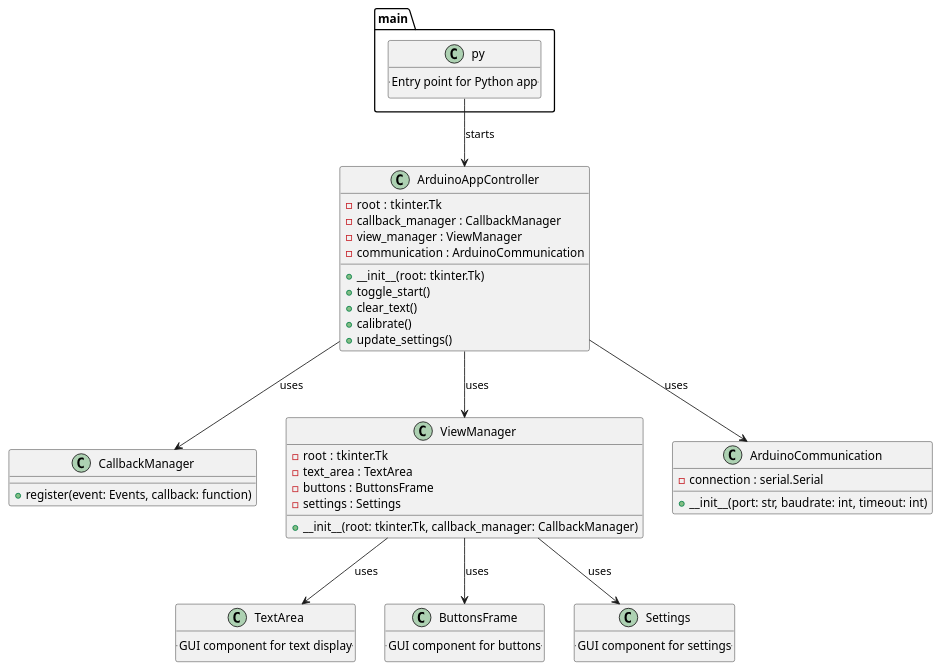
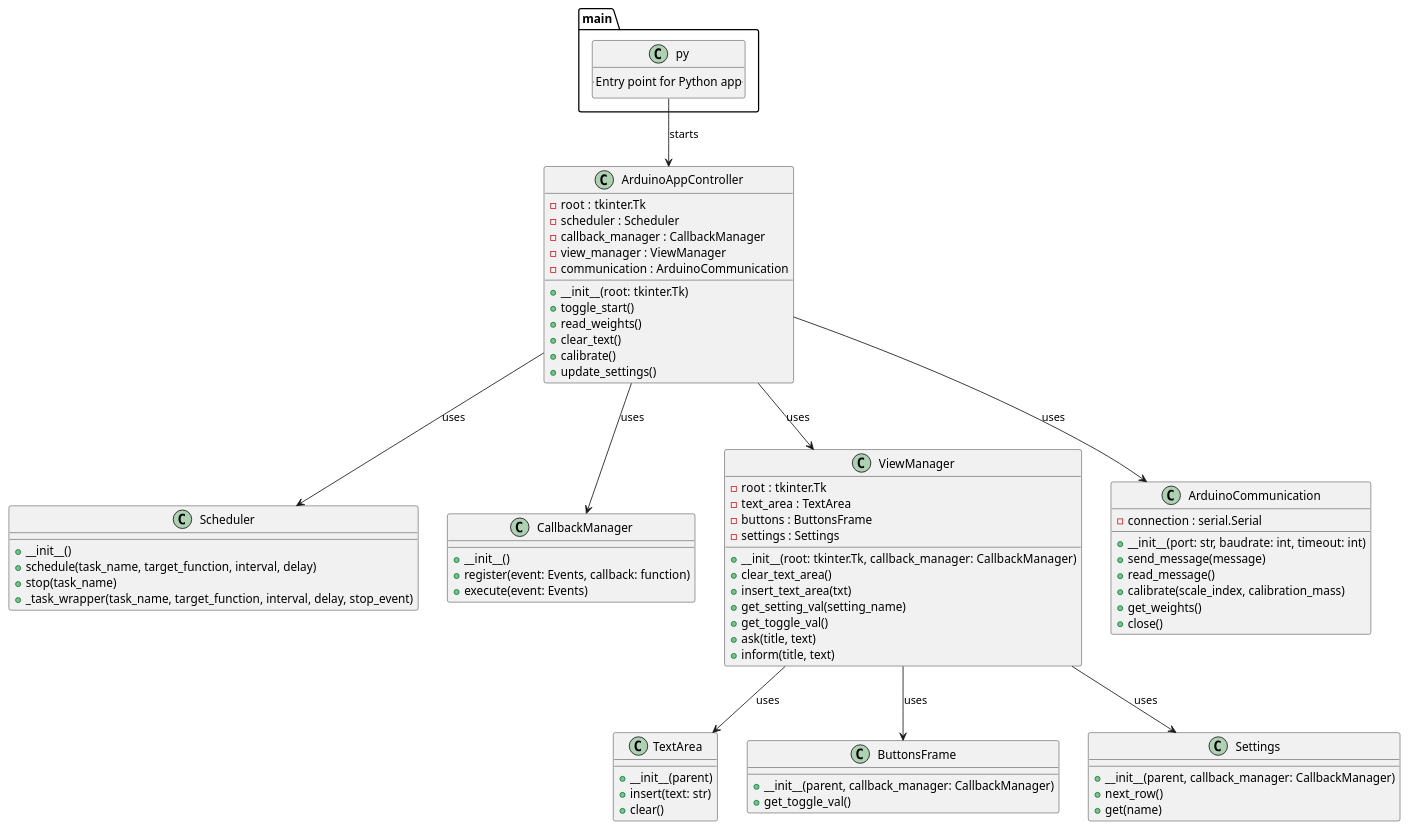
The diagram in diagrams/architecture.puml (sabin-arrasoftware/arra-loadcell), drawn with PlantUML before and after one commit. The commit also changed 13 other files, not shown here.

```diff
--- a/diagrams/architecture.puml
+++ b/diagrams/architecture.puml
@@ -1,58 +1,86 @@
 @startuml
 
 class "main.py" {
     .. Entry point for Python app ..
 }
 
 class "ArduinoAppController" {
     - root : tkinter.Tk
+    - scheduler : Scheduler 
     - callback_manager : CallbackManager
     - view_manager : ViewManager
     - communication : ArduinoCommunication
     + __init__(root: tkinter.Tk)
     + toggle_start()
+    + read_weights()
     + clear_text()
     + calibrate()
     + update_settings()
 }
 
+class "Scheduler" {
+    + __init__()
+    + schedule(task_name, target_function, interval, delay)
+    + stop(task_name)
+    + _task_wrapper(task_name, target_function, interval, delay, stop_event)
+}
+
 class "CallbackManager" {
+    + __init__()
     + register(event: Events, callback: function)
+    + execute(event: Events)
 }
 
 class "ViewManager" {
     - root : tkinter.Tk
     - text_area : TextArea
     - buttons : ButtonsFrame
     - settings : Settings
     + __init__(root: tkinter.Tk, callback_manager: CallbackManager)
+    + clear_text_area()
+    + insert_text_area(txt)
+    + get_setting_val(setting_name)
+    + get_toggle_val()
+    + ask(title, text)
+    + inform(title, text)
 }
 
 class "TextArea" {
-    .. GUI component for text display ..
+    + __init__(parent)
+    + insert(text: str)
+    + clear()
 }
 
 class "ButtonsFrame" {
-    .. GUI component for buttons ..
+    + __init__(parent, callback_manager: CallbackManager)
+    + get_toggle_val()
 }
 
 class "Settings" {
-    .. GUI component for settings ..
+    + __init__(parent, callback_manager: CallbackManager)
+    + next_row()
+    + get(name)
 }
 
 class "ArduinoCommunication" {
     - connection : serial.Serial
     + __init__(port: str, baudrate: int, timeout: int)
+    + send_message(message)
+    + read_message()
+    + calibrate(scale_index, calibration_mass)
+    + get_weights()
+    + close()
 }
 
 "main.py" --> "ArduinoAppController" : starts
 
+"ArduinoAppController" --> "Scheduler" : uses
 "ArduinoAppController" --> "CallbackManager" : uses
 "ArduinoAppController" --> "ViewManager" : uses
 "ArduinoAppController" --> "ArduinoCommunication" : uses
 
 "ViewManager" --> "TextArea" : uses
 "ViewManager" --> "ButtonsFrame" : uses
 "ViewManager" --> "Settings" : uses
 
 @enduml
```
